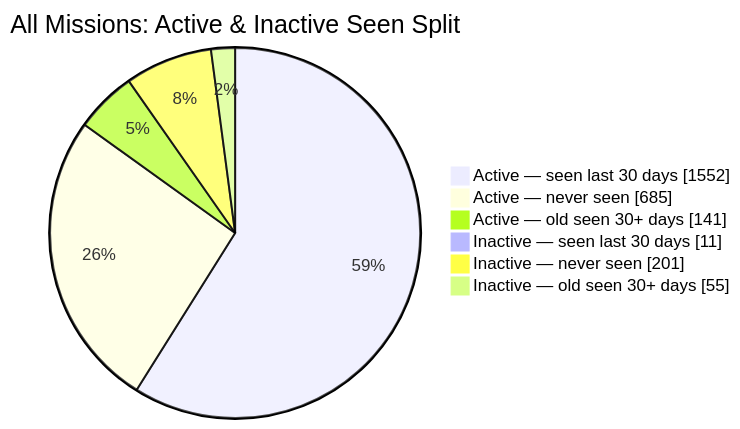
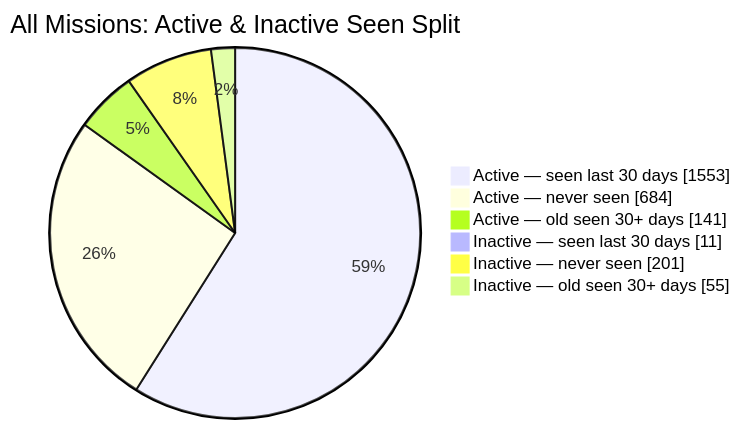
One commit to MeldkamerspelGameTeam/active-missions changed the second of 2 diagrams in README.md. Above: the diagram before and after it, drawn with Mermaid. The commit also changed other lines of this file and 2 other files, not shown here.

````diff
--- a/README.md
+++ b/README.md
@@ -44,10 +44,10 @@
 ```mermaid
 pie showData
     title All Missions: Active & Inactive Seen Split
-    "Active — seen last 30 days" : 1552
-    "Active — never seen" : 685
+    "Active — seen last 30 days" : 1553
+    "Active — never seen" : 684
     "Active — old seen 30+ days" : 141
     "Inactive — seen last 30 days" : 11
     "Inactive — never seen" : 201
     "Inactive — old seen 30+ days" : 55
 ```
````
